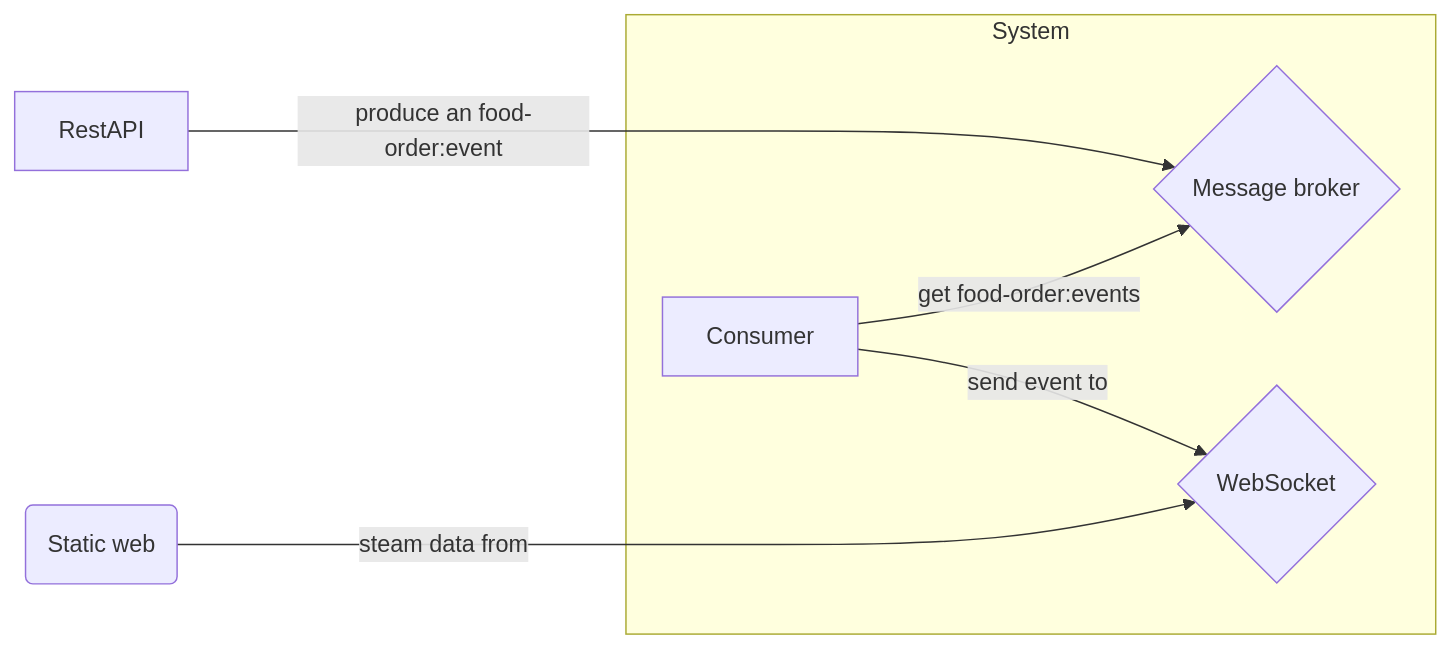
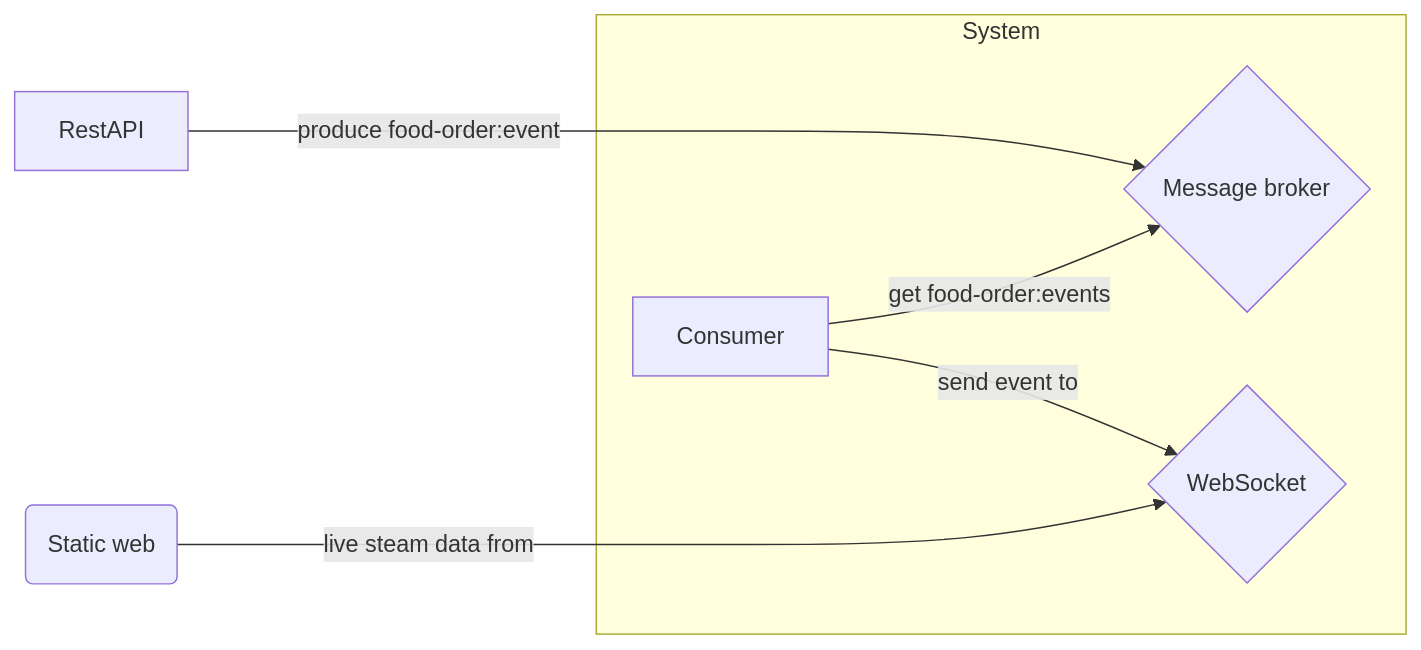
The diagram in README.md (Armando-Torres/event-driven), drawn with Mermaid before and after one commit.

Commit message:
Syntax changes into mermaid graph

````diff
--- a/README.md
+++ b/README.md
@@ -36,12 +36,12 @@
 ```mermaid
 graph LR
-    A[RestAPI] -- produce an food-order:event ----> B{Message broker}
+    A[RestAPI] -- produce food-order:event ----> B{Message broker}
 
     subgraph System
         C[Consumer] -- send event to --> D{WebSocket}
         C -- get food-order:events --> B
     end
 
-    E(Static web) -- steam data from ----> D
+    E(Static web) -- live steam data from ----> D
 
 ```
````
